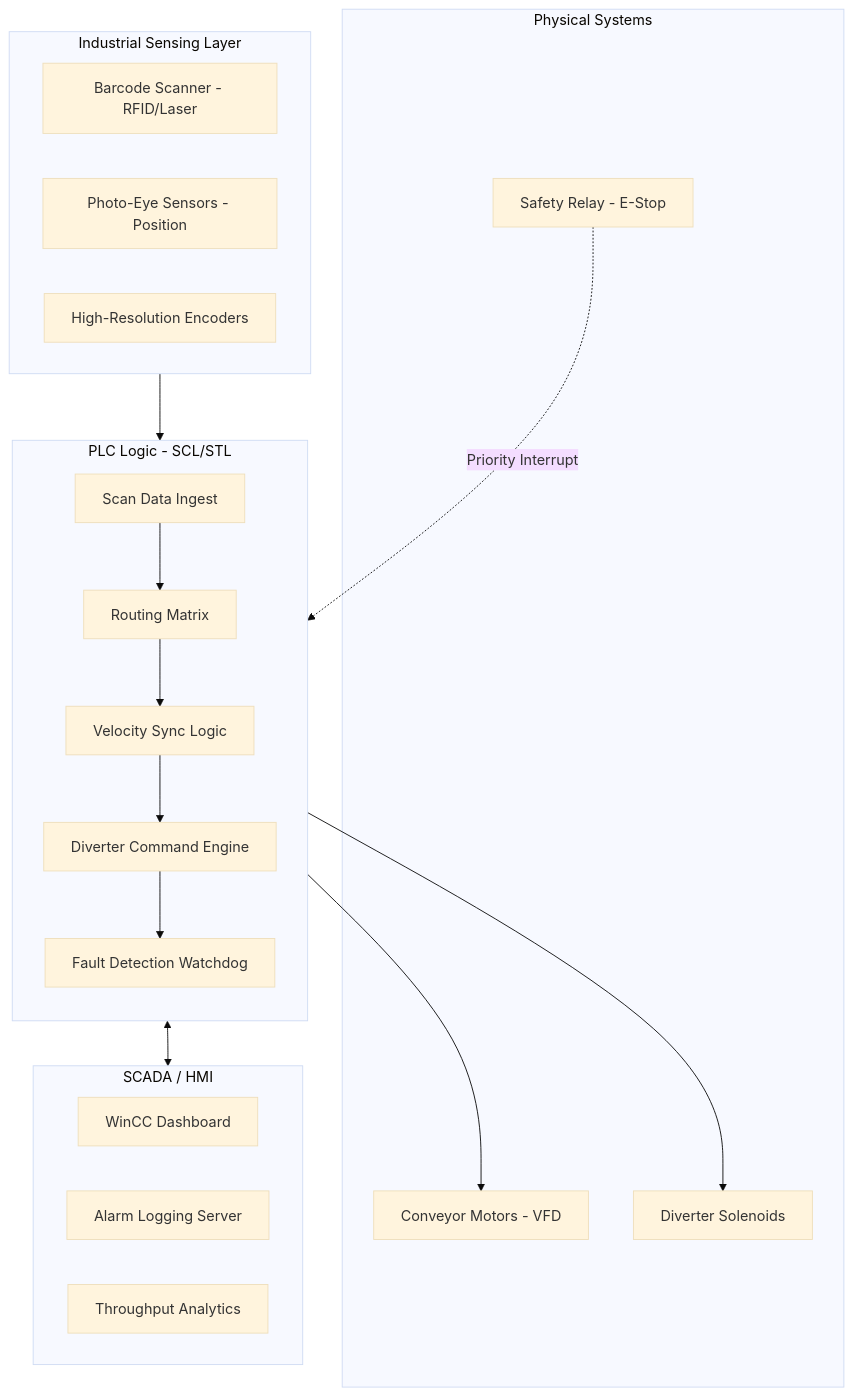
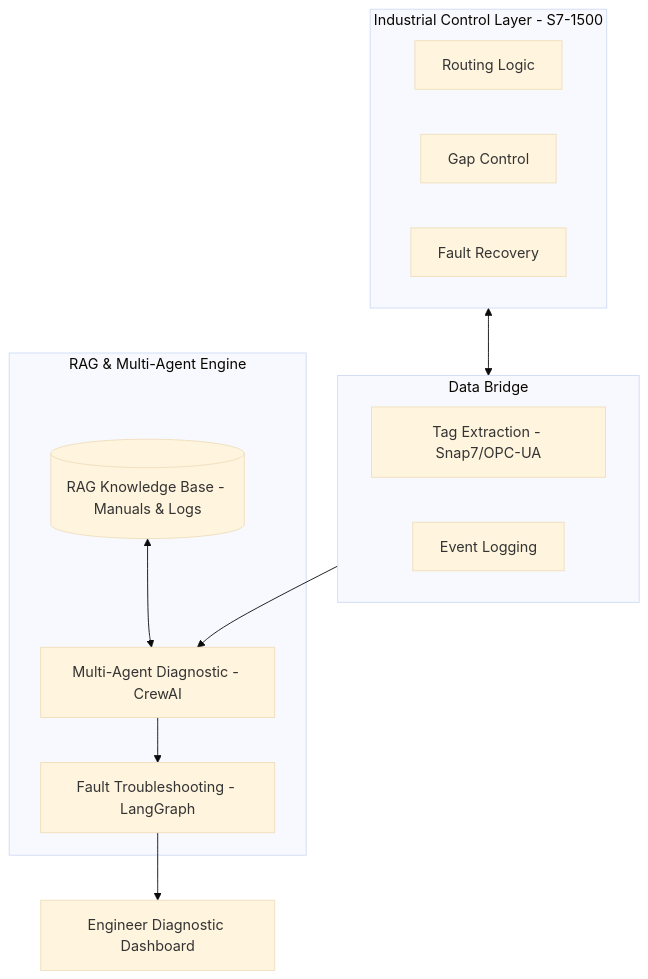
One commit to Aftab0904/Airport-Baggage-Handling-Control-System changed the diagram in README.md. Above: the diagram before and after it, drawn with Mermaid (base theme). The commit also changed other lines of this file, not shown here.

Commit message:
Updated documentation to include RAG architecture and multi-agent system details

````diff
--- a/README.md
+++ b/README.md
@@ -27,33 +21,25 @@
 ```mermaid
 graph TD
-    subgraph Sensing_Layer [Industrial Sensing Layer]
-        BS[Barcode Scanner - RFID/Laser]
-        PE[Photo-Eye Sensors - Position]
-        ENC[High-Resolution Encoders]
+    subgraph PLC_Layer [Industrial Control Layer - S7-1500]
+        Logic[Routing Logic]
+        Gap[Gap Control]
+        Fault[Fault Recovery]
     end
 
-    subgraph Control_Layer [PLC Logic - SCL/STL]
-        direction TB
-        Ingest[Scan Data Ingest] --> Logic[Routing Matrix]
-        Logic --> Sync[Velocity Sync Logic]
-        Sync --> Divert[Diverter Command Engine]
-        Divert --> Watchdog[Fault Detection Watchdog]
+    subgraph Data_Extraction [Data Bridge]
+        Extract[Tag Extraction - Snap7/OPC-UA]
+        Events[Event Logging]
     end
 
-    subgraph Execution_Layer [Physical Systems]
-        MOT[Conveyor Motors - VFD]
-        SOL[Diverter Solenoids]
-        ESTOP[Safety Relay - E-Stop]
+    subgraph AI_Advisory_Layer [RAG & Multi-Agent Engine]
+        RAG[(RAG Knowledge Base - Manuals & Logs)]
+        Agents[Multi-Agent Diagnostic - CrewAI]
+        Workflow[Fault Troubleshooting - LangGraph]
     end
 
-    subgraph Monitoring_Layer [SCADA / HMI]
-        DASH[WinCC Dashboard]
-        ALM[Alarm Logging Server]
-        HIS[Throughput Analytics]
-    end
-
-    Sensing_Layer --> Ingest
-    Divert --> MOT & SOL
-    ESTOP -. Priority Interrupt .-> Control_Layer
-    Control_Layer <--> Monitoring_Layer
+    PLC_Layer <--> Data_Extraction
+    Data_Extraction --> Agents
+    RAG <--> Agents
+    Agents --> Workflow
+    Workflow --> Dashboard[Engineer Diagnostic Dashboard]
 ```
````
